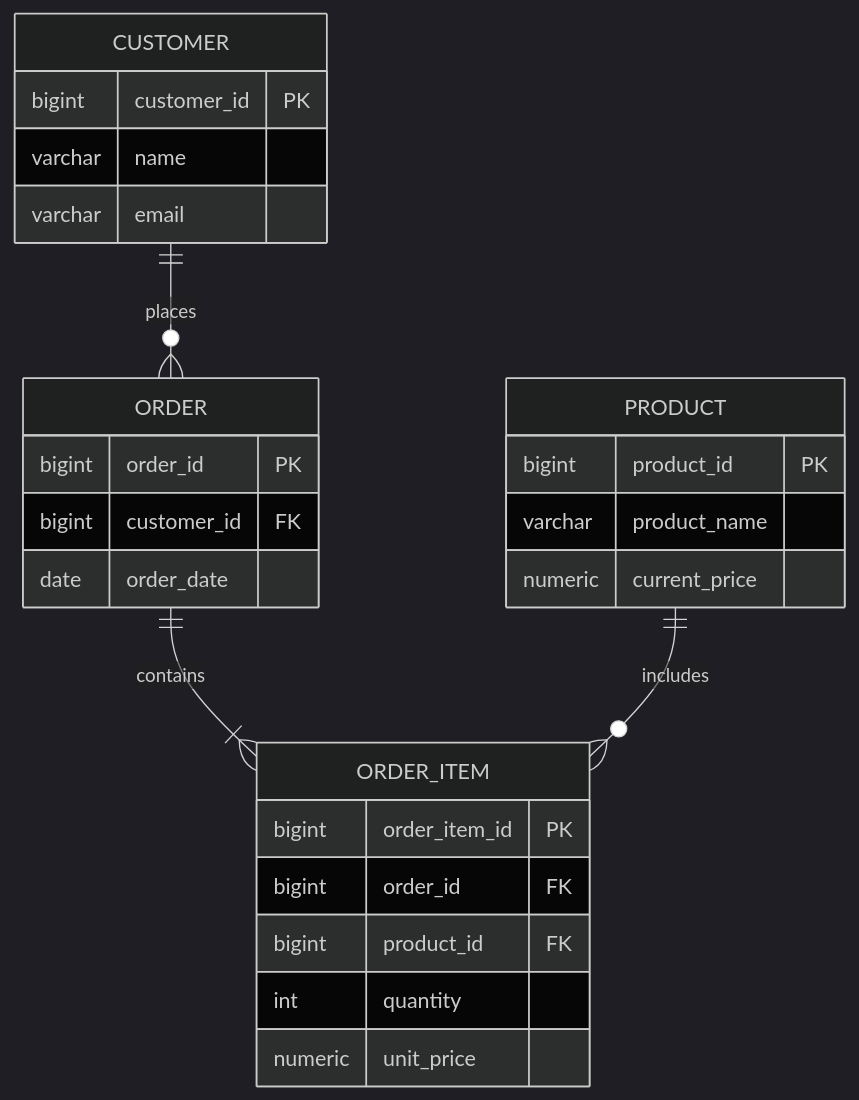
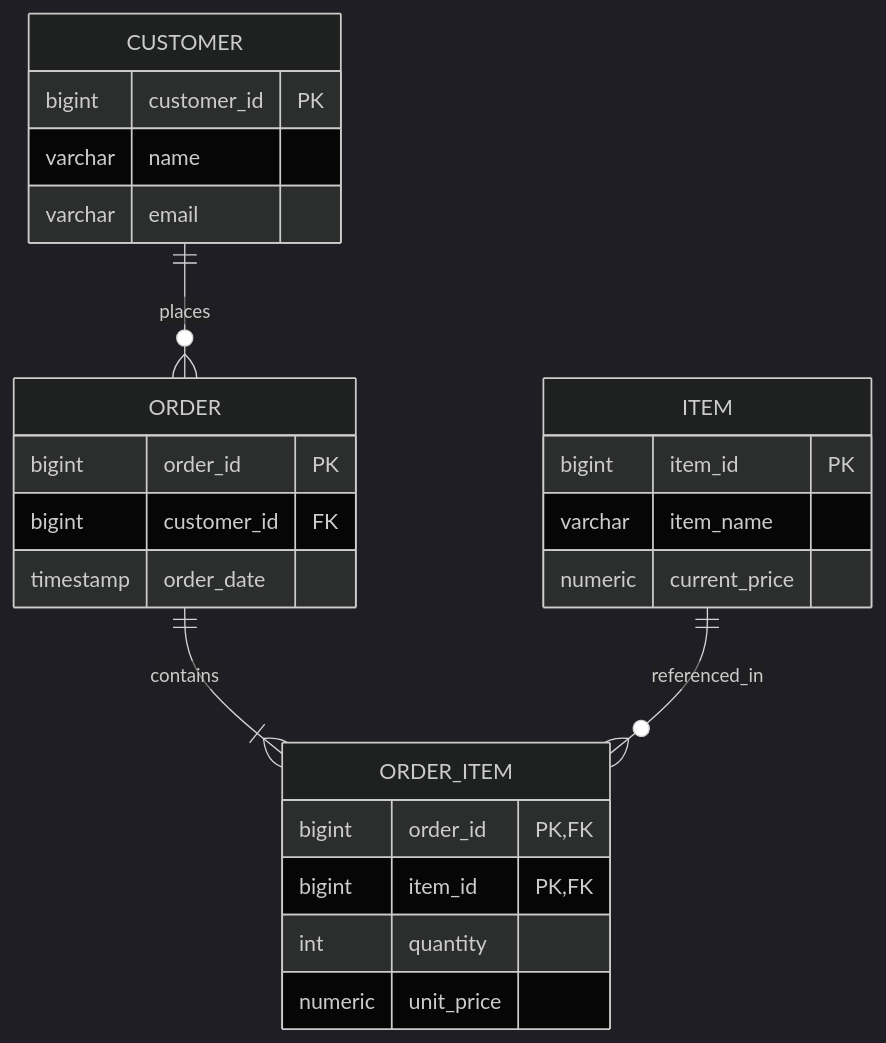
One commit to joydeep-biswas/Interview-Preparation changed the fourth of 23 diagrams in Data Engineering/04_database_internals_and_performance.md. Above: the diagram before and after it, drawn with Mermaid. The commit also changed other lines of this file and 143 other files, not shown here.

````diff
--- a/Data Engineering/04_database_internals_and_performance.md
+++ b/Data Engineering/04_database_internals_and_performance.md
@@ -296,30 +211,29 @@
 ```mermaid
 %%{init: {'theme': 'dark', 'themeVariables': { 'attributeBackgroundColorOdd': '#1e293b', 'attributeBackgroundColorEven': '#0f172a', 'entityBackgroundColor': '#1e293b', 'entityBorderColor': '#3b82f6', 'entityTextColor': '#ffffff' }}}%%
 erDiagram
     CUSTOMER ||--o{ ORDER : places
     ORDER ||--|{ ORDER_ITEM : contains
-    PRODUCT ||--o{ ORDER_ITEM : includes
+    ITEM ||--o{ ORDER_ITEM : referenced_in
 
     CUSTOMER {
         bigint customer_id PK
         varchar name
         varchar email
     }
     ORDER {
         bigint order_id PK
         bigint customer_id FK
-        date order_date
+        timestamp order_date
     }
     ORDER_ITEM {
-        bigint order_item_id PK
-        bigint order_id FK
-        bigint product_id FK
+        bigint order_id PK, FK
+        bigint item_id PK, FK
         int quantity
         numeric unit_price
     }
-    PRODUCT {
-        bigint product_id PK
-        varchar product_name
+    ITEM {
+        bigint item_id PK
+        varchar item_name
         numeric current_price
     }
 ```
````
